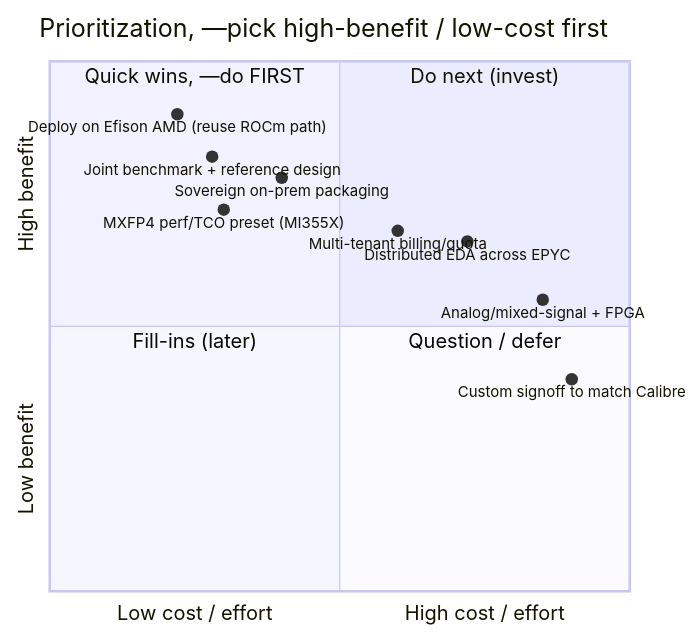
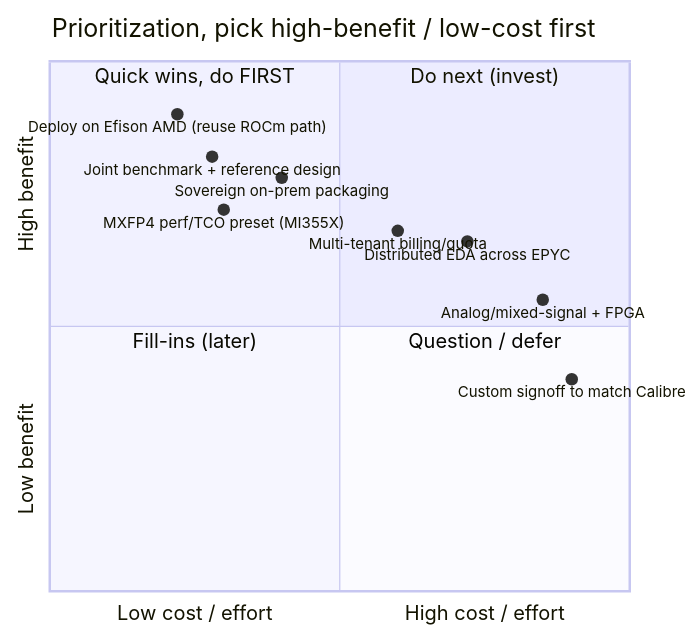
One commit to radhian/Chip-Orchestra changed the seventh of 9 diagrams in docs/platform_x_amd_deck.md. Above: the diagram before and after it, drawn with Mermaid. The commit also changed other lines of this file, not shown here.

````diff
--- a/docs/platform_x_amd_deck.md
+++ b/docs/platform_x_amd_deck.md
@@ -261,18 +259,18 @@
 ```mermaid
 quadrantChart
-    title Prioritization, —pick high-benefit / low-cost first
+    title Prioritization, pick high-benefit / low-cost first
     x-axis "Low cost / effort" --> "High cost / effort"
     y-axis "Low benefit" --> "High benefit"
     quadrant-1 "Do next (invest)"
-    quadrant-2 "Quick wins, —do FIRST"
+    quadrant-2 "Quick wins, do FIRST"
     quadrant-3 "Fill-ins (later)"
     quadrant-4 "Question / defer"
     "Deploy on Efison AMD (reuse ROCm path)": [0.22, 0.90]
     "Joint benchmark + reference design": [0.28, 0.82]
     "MXFP4 perf/TCO preset (MI355X)": [0.30, 0.72]
     "Sovereign on-prem packaging": [0.40, 0.78]
     "Multi-tenant billing/quota": [0.60, 0.68]
     "Distributed EDA across EPYC": [0.72, 0.66]
     "Analog/mixed-signal + FPGA": [0.85, 0.55]
     "Custom signoff to match Calibre": [0.90, 0.40]
 ```
````
